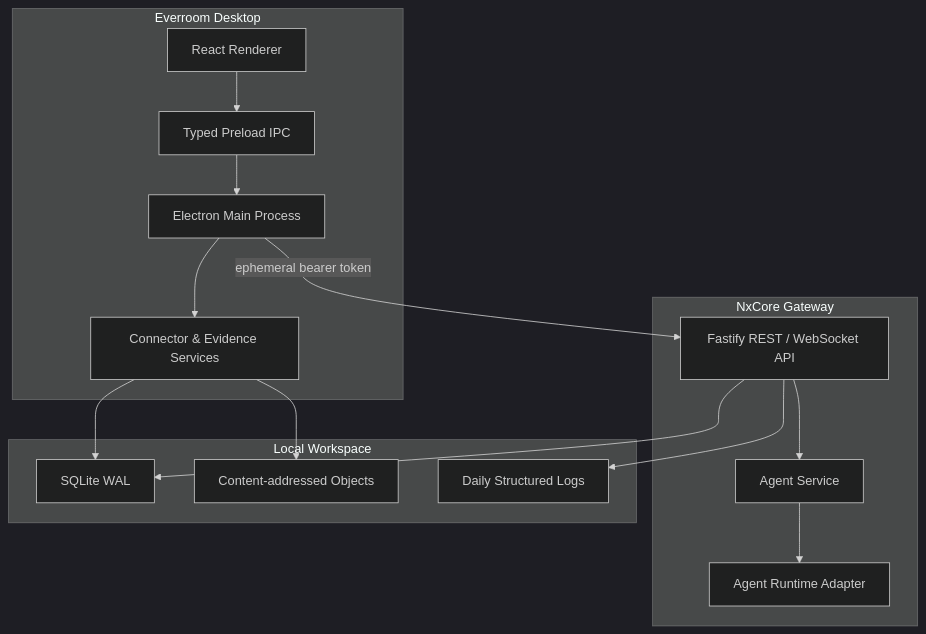
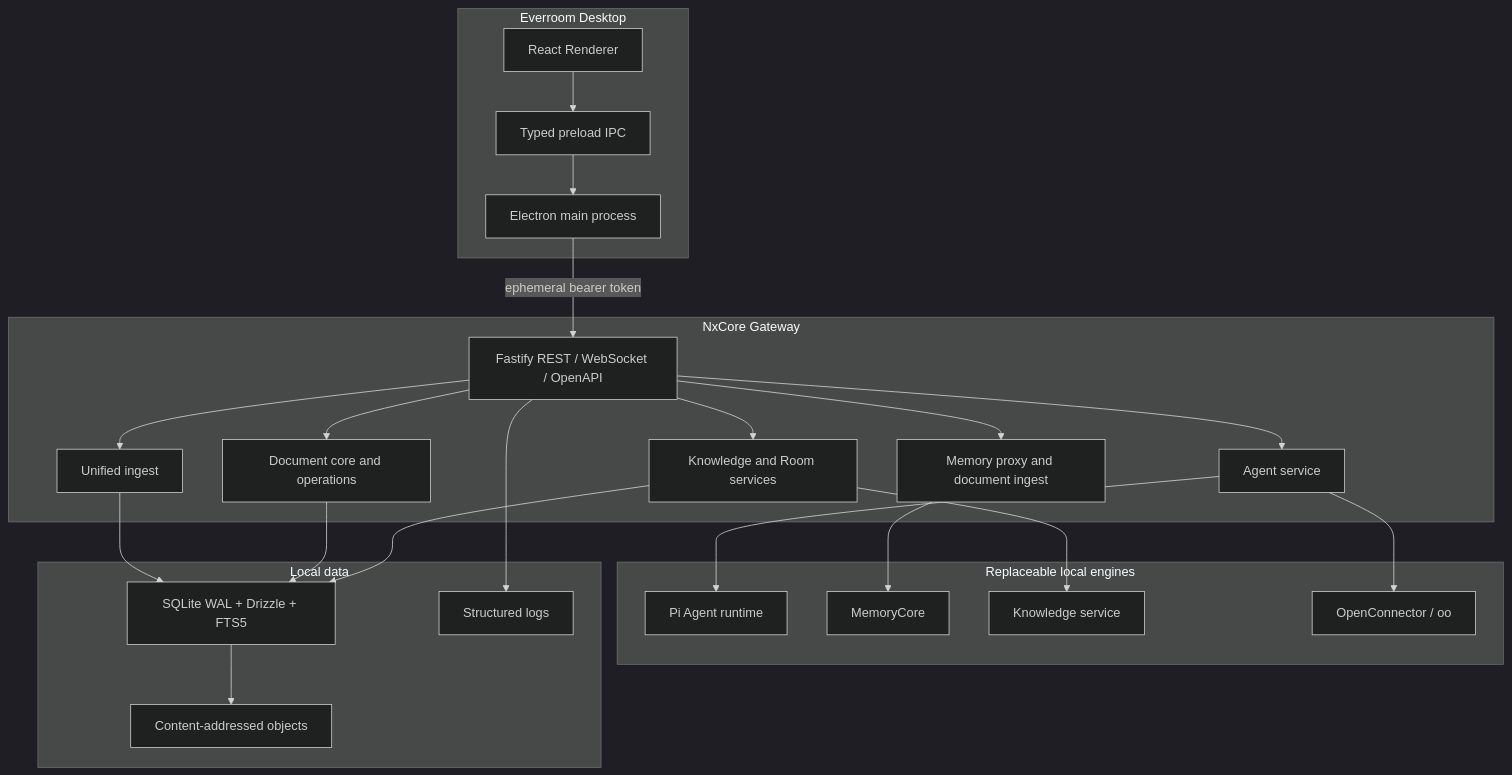
One commit to NxcoreAI/EverRoom changed the second of 2 diagrams in README.md. Above: the diagram before and after it, drawn with Mermaid (dark theme). The commit also changed other lines of this file and 18 other files, not shown here.

Commit message:
feat: refine agent workspace and documentation

````diff
--- a/README.md
+++ b/README.md
@@ -66,30 +95,47 @@
 ```mermaid
 flowchart TB
     subgraph Desktop["Everroom Desktop"]
         UI["React Renderer"]
-        IPC["Typed Preload IPC"]
-        MAIN["Electron Main Process"]
-        DATA["Connector & Evidence Services"]
+        IPC["Typed preload IPC"]
+        MAIN["Electron main process"]
         UI --> IPC --> MAIN
-        MAIN --> DATA
     end
 
     subgraph Gateway["NxCore Gateway"]
-        API["Fastify REST / WebSocket API"]
-        AGENT["Agent Service"]
-        RUNTIME["Agent Runtime Adapter"]
-        API --> AGENT --> RUNTIME
+        API["Fastify REST / WebSocket / OpenAPI"]
+        INGEST["Unified ingest"]
+        KNOW["Knowledge and Room services"]
+        MEM["Memory proxy and document ingest"]
+        DOCS["Document core and operations"]
+        AGENT["Agent service"]
+        API --> INGEST
+        API --> KNOW
+        API --> MEM
+        API --> DOCS
+        API --> AGENT
     end
 
-    subgraph Local["Local Workspace"]
-        DB["SQLite WAL"]
-        OBJECTS["Content-addressed Objects"]
-        LOGS["Daily Structured Logs"]
+    subgraph Engines["Replaceable local engines"]
+        PI["Pi Agent runtime"]
+        MC["MemoryCore"]
+        KS["Knowledge service"]
+        OC["OpenConnector / oo"]
+    end
+
+    subgraph Storage["Local data"]
+        DB["SQLite WAL + Drizzle + FTS5"]
+        OBJECTS["Content-addressed objects"]
+        LOGS["Structured logs"]
     end
 
     MAIN -->|"ephemeral bearer token"| API
-    DATA --> DB
-    DATA --> OBJECTS
-    API --> DB
+    AGENT --> PI
+    MEM --> MC
+    KNOW --> KS
+    AGENT --> OC
+    INGEST --> DB
+    DOCS --> DB
+    KNOW --> DB
+    DB --> OBJECTS
     API --> LOGS
 ```
````
